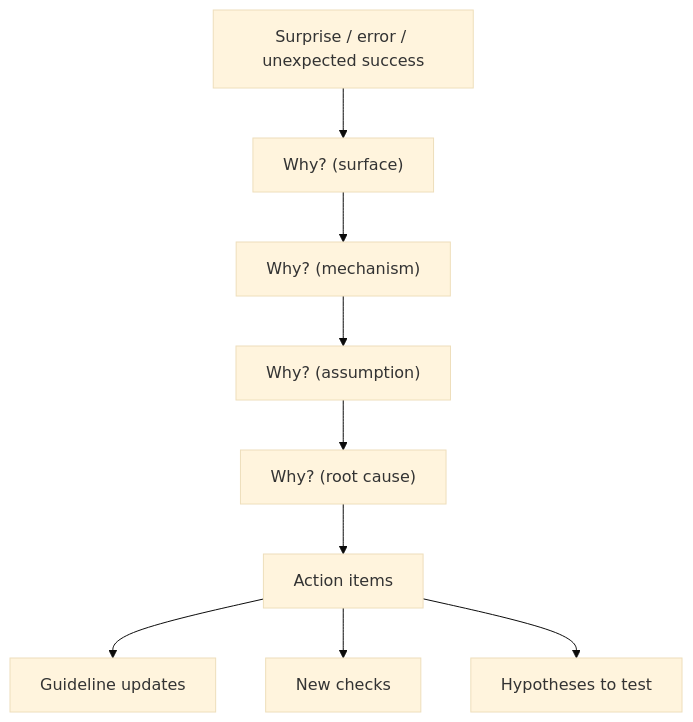
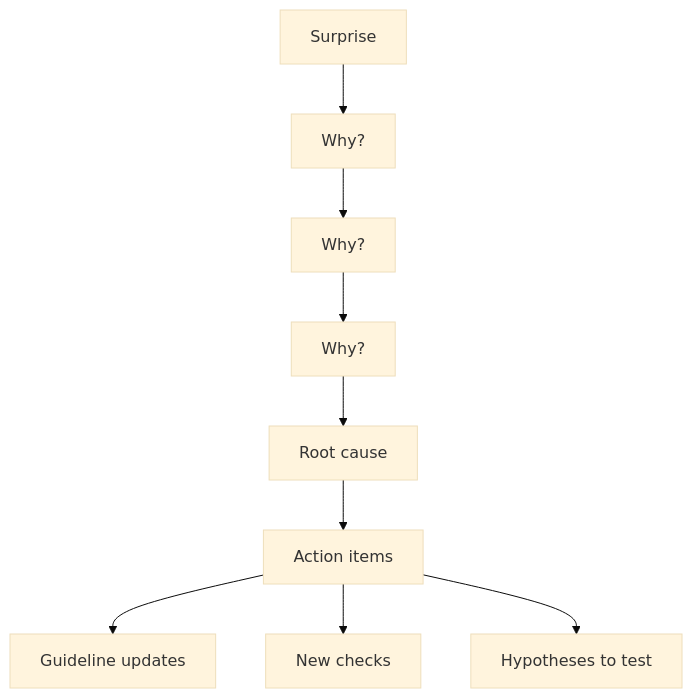
The second of 3 diagrams in _posts/2026-04-12-agents-create-work.md (tkellogg/tkellogg.github.com), drawn with Mermaid (base theme) before and after one commit. The commit also changed other lines of this file, not shown here.

````diff
--- a/_posts/2026-04-12-agents-create-work.md
+++ b/_posts/2026-04-12-agents-create-work.md
@@ -73,11 +92,11 @@
 ```mermaid
 graph TD
-    S[Surprise / error / unexpected success] --> W1["Why? (surface)"]
-    W1 --> W2["Why? (mechanism)"]
-    W2 --> W3["Why? (assumption)"]
-    W3 --> W4["Why? (root cause)"]
-    W4 --> AI[Action items]
+    S[Surprise] --> W1["Why?"]
+    W1 --> W2["Why?"]
+    W2 --> W3["Why?"]
+    W3 --> RC[Root cause]
+    RC --> AI[Action items]
     AI --> G[Guideline updates]
     AI --> C[New checks]
     AI --> H[Hypotheses to test]
 ```
````
